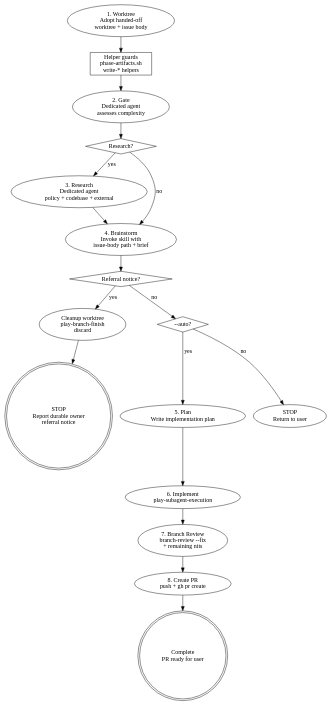
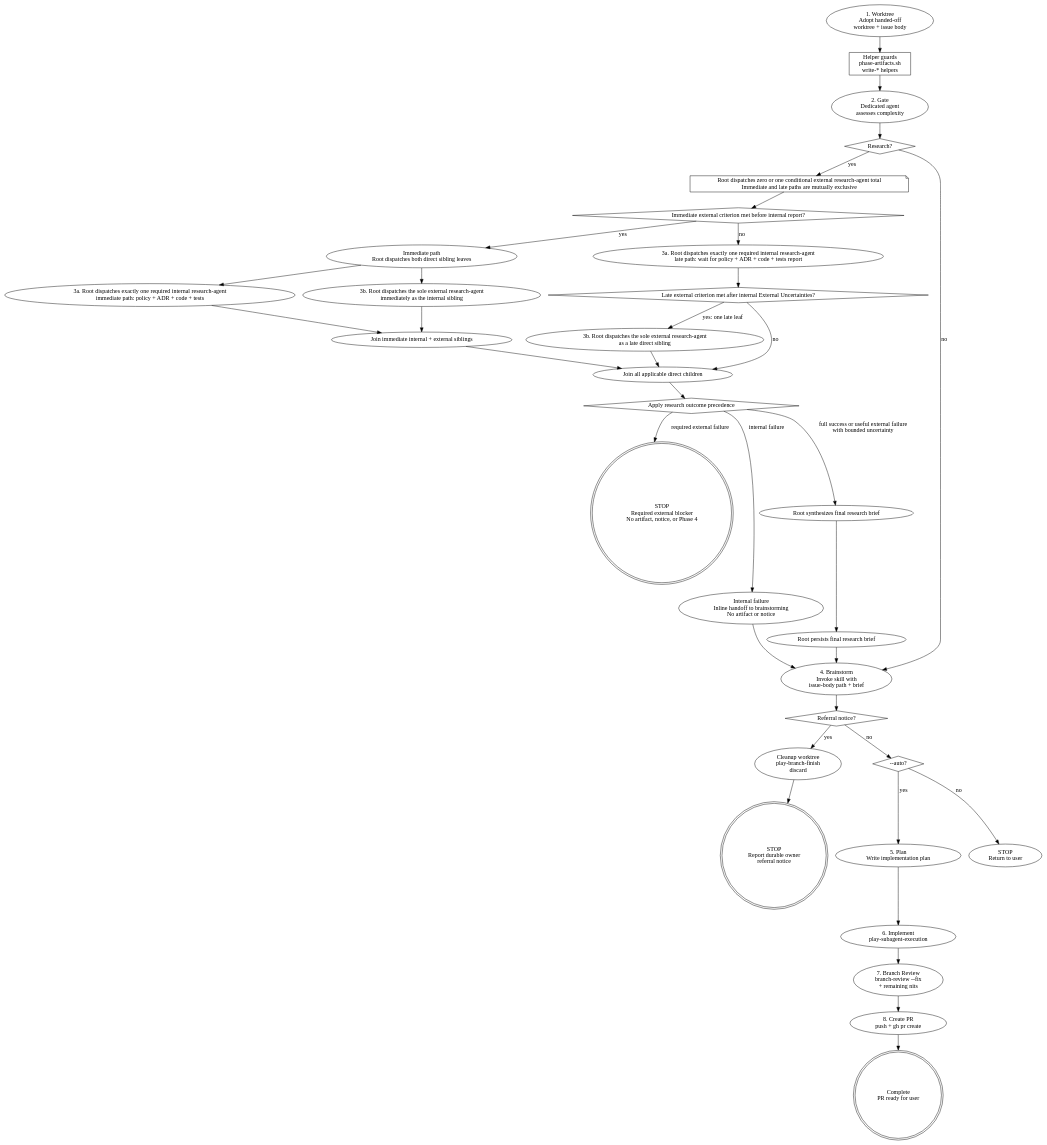
One commit to ryumiel/devcanon changed the diagram in skills/issue-priming-workflow/references/workflow-diagram.md. Above: the diagram before and after it, drawn with Graphviz. The commit also changed 10 other files, not shown here.

````diff
--- a/skills/issue-priming-workflow/references/workflow-diagram.md
+++ b/skills/issue-priming-workflow/references/workflow-diagram.md
@@ -6,33 +6,65 @@
 ```dot
 digraph priming {
   rankdir=TB;
   worktree [label="1. Worktree\nAdopt handed-off\nworktree + issue body"];
   helpers [label="Helper guards\nphase-artifacts.sh\nwrite-* helpers", shape=box];
   gate [label="2. Gate\nDedicated agent\nassesses complexity"];
   decide [label="Research?", shape=diamond];
-  research [label="3. Research\nDedicated agent\npolicy + codebase + external"];
+  external_policy [label="Root dispatches zero or one conditional external research-agent total\nImmediate and late paths are mutually exclusive", shape=note];
+  immediate_external_decide [label="Immediate external criterion met before internal report?", shape=diamond];
+  immediate_fork [label="Immediate path\nRoot dispatches both direct sibling leaves"];
+  immediate_internal_research [label="3a. Root dispatches exactly one required internal research-agent\nimmediate path: policy + ADR + code + tests"];
+  immediate_external_research [label="3b. Root dispatches the sole external research-agent\nimmediately as the internal sibling"];
+  immediate_join [label="Join immediate internal + external siblings"];
+  late_internal_research [label="3a. Root dispatches exactly one required internal research-agent\nlate path: wait for policy + ADR + code + tests report"];
+  late_external_decide [label="Late external criterion met after internal External Uncertainties?", shape=diamond];
+  late_external_research [label="3b. Root dispatches the sole external research-agent\nas a late direct sibling"];
+  research_join [label="Join all applicable direct children"];
+  research_outcome [label="Apply research outcome precedence", shape=diamond];
+  research_required_stop [label="STOP\nRequired external blocker\nNo artifact, notice, or Phase 4", shape=doublecircle];
+  research_internal_inline [label="Internal failure\nInline handoff to brainstorming\nNo artifact or notice"];
+  research_synthesize [label="Root synthesizes final research brief"];
+  research_persist [label="Root persists final research brief"];
   brainstorm [label="4. Brainstorm\nInvoke skill with\nissue-body path + brief"];
   referral_check [label="Referral notice?", shape=diamond];
   cleanup [label="Cleanup worktree\nplay-branch-finish\ndiscard"];
   referral [label="STOP\nReport durable owner\nreferral notice", shape=doublecircle];
   auto_check [label="--auto?", shape=diamond];
   plan [label="5. Plan\nWrite implementation plan"];
   implement [label="6. Implement\nplay-subagent-execution"];
   stop_interactive [label="STOP\nReturn to user"];
 
   worktree -> helpers -> gate -> decide;
-  decide -> research [label="yes"];
+  decide -> external_policy [label="yes"];
   decide -> brainstorm [label="no"];
-  research -> brainstorm;
+  external_policy -> immediate_external_decide;
+  immediate_external_decide -> immediate_fork [label="yes"];
+  immediate_external_decide -> late_internal_research [label="no"];
+  immediate_fork -> immediate_internal_research;
+  immediate_fork -> immediate_external_research;
+  immediate_internal_research -> immediate_join;
+  immediate_external_research -> immediate_join;
+  immediate_join -> research_join;
+  late_internal_research -> late_external_decide;
+  late_external_decide -> late_external_research [label="yes: one late leaf"];
+  late_external_decide -> research_join [label="no"];
+  late_external_research -> research_join;
+  research_join -> research_outcome;
+  research_outcome -> research_required_stop [label="required external failure"];
+  research_outcome -> research_internal_inline [label="internal failure"];
+  research_outcome -> research_synthesize [label="full success or useful external failure\nwith bounded uncertainty"];
+  research_internal_inline -> brainstorm;
+  research_synthesize -> research_persist;
+  research_persist -> brainstorm;
   brainstorm -> referral_check;
   referral_check -> cleanup [label="yes"];
   cleanup -> referral;
   referral_check -> auto_check [label="no"];
   auto_check -> plan [label="yes"];
   auto_check -> stop_interactive [label="no"];
   plan -> implement -> review -> create_pr -> done;
   review [label="7. Branch Review\nbranch-review --fix\n+ remaining nits"];
   create_pr [label="8. Create PR\npush + gh pr create"];
   done [label="Complete\nPR ready for user", shape=doublecircle];
 }
 ```
````
